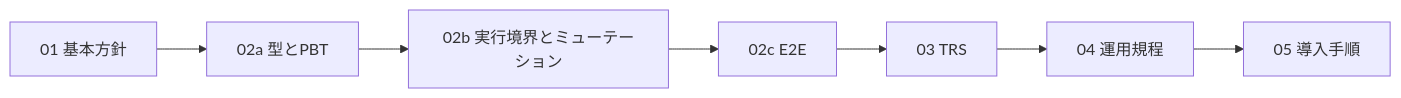
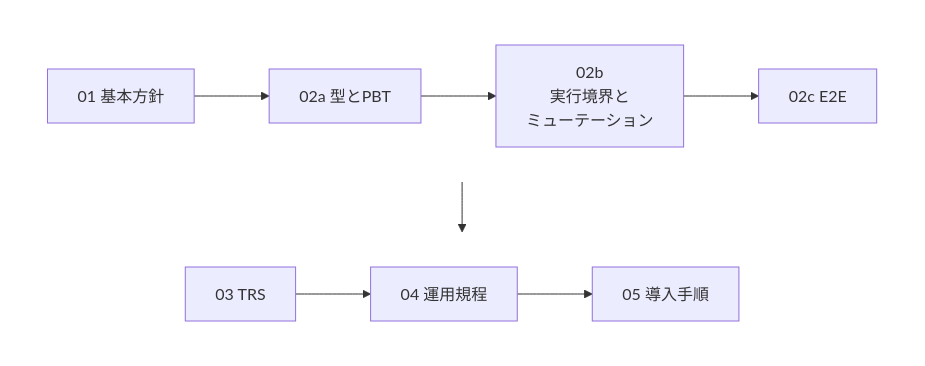
Before and after one commit to toshio-shiratori/harness-test-strategy: the third of 3 diagrams in README.md, drawn with Mermaid. The commit also changed other lines of this file, not shown here.

First line of the commit message:
docs: README の横に長い図(仕組み・読む順番)を本文の幅に収める (#209)

````diff
--- a/README.md
+++ b/README.md
@@ -60,4 +70,14 @@
 ```mermaid
-flowchart LR
-  A["01 基本方針"] --> B["02a 型とPBT"] --> C["02b 実行境界とミューテーション"] --> D["02c E2E"] --> E["03 TRS"] --> F["04 運用規程"] --> G["05 導入手順"]
+flowchart TB
+  subgraph R1[" "]
+    direction LR
+    A["01 基本方針"] --> B["02a 型とPBT"] --> C["02b<br/>実行境界と<br/>ミューテーション"] --> D["02c E2E"]
+  end
+  subgraph R2[" "]
+    direction LR
+    E["03 TRS"] --> F["04 運用規程"] --> G["05 導入手順"]
+  end
+  R1 --> R2
+  style R1 fill:none,stroke:none
+  style R2 fill:none,stroke:none
 ```
````
